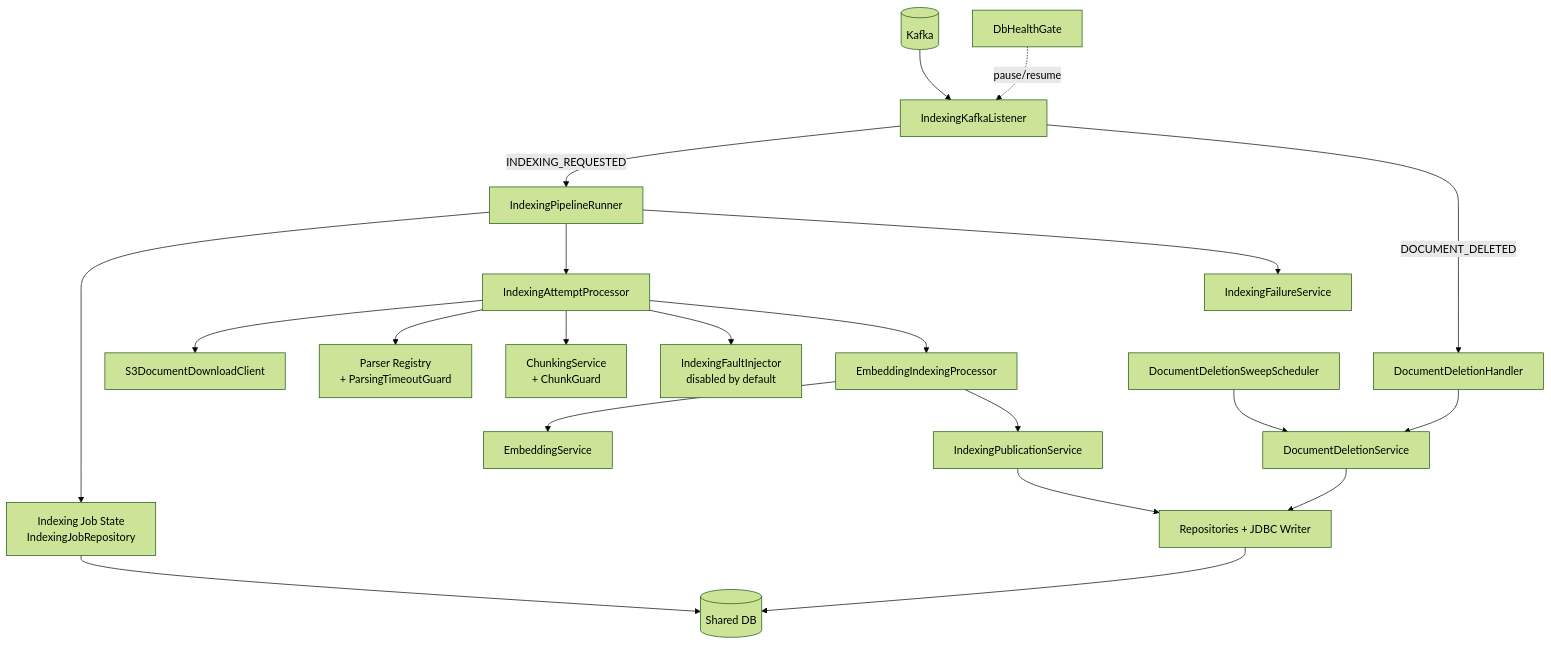
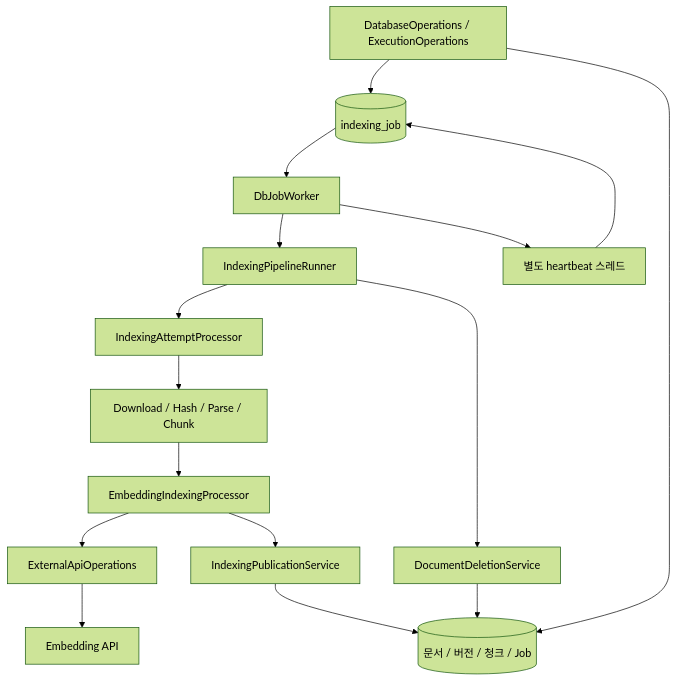
Before and after one commit to mash-up-kr/spr1n6-osscontest-worker: the diagram in docs/ARCHITECTURE.md, drawn with Mermaid (forest theme). The commit also changed other lines of this file and 45 other files, not shown here.

````diff
--- a/docs/ARCHITECTURE.md
+++ b/docs/ARCHITECTURE.md
@@ -140,29 +11,18 @@
 ```mermaid
-flowchart TB
-    Kafka[(Kafka)] --> Listener[IndexingKafkaListener]
-
-    Listener -->|INDEXING_REQUESTED| Runner[IndexingPipelineRunner]
-    Listener -->|DOCUMENT_DELETED| DeleteHandler[DocumentDeletionHandler]
-
-    Runner --> JobStore[Indexing Job State<br/>IndexingJobRepository]
-    Runner --> Attempt[IndexingAttemptProcessor]
-    Runner --> Failure[IndexingFailureService]
-
-    Attempt --> Download[S3DocumentDownloadClient]
-    Attempt --> Parse[Parser Registry<br/>+ ParsingTimeoutGuard]
-    Attempt --> Chunk[ChunkingService<br/>+ ChunkGuard]
-    Attempt --> Fault[IndexingFaultInjector<br/>disabled by default]
-    Attempt --> Processor[EmbeddingIndexingProcessor]
-
-    Processor --> Embedding[EmbeddingService]
-    Processor --> Publication[IndexingPublicationService]
-    Publication --> Persistence[Repositories + JDBC Writer]
-
-    DeleteHandler --> DeleteService[DocumentDeletionService]
-    Sweep[DocumentDeletionSweepScheduler] --> DeleteService
-    DeleteService --> Persistence
-
-    Health[DbHealthGate] -. pause/resume .-> Listener
-    JobStore --> DB[(Shared DB)]
-    Persistence --> DB
+flowchart TD
+    Q[(indexing_job)] --> W[DbJobWorker]
+    W --> R[IndexingPipelineRunner]
+    W --> H[별도 heartbeat 스레드]
+    H --> Q
+    R --> A[IndexingAttemptProcessor]
+    A --> D[Download / Hash / Parse / Chunk]
+    D --> E[EmbeddingIndexingProcessor]
+    E --> X[ExternalApiOperations]
+    X --> API[Embedding API]
+    E --> P[IndexingPublicationService]
+    R --> DEL[DocumentDeletionService]
+    P --> DB[(문서 / 버전 / 청크 / Job)]
+    DEL --> DB
+    B[DatabaseOperations / ExecutionOperations] --> Q
+    B --> DB
 ```
````
